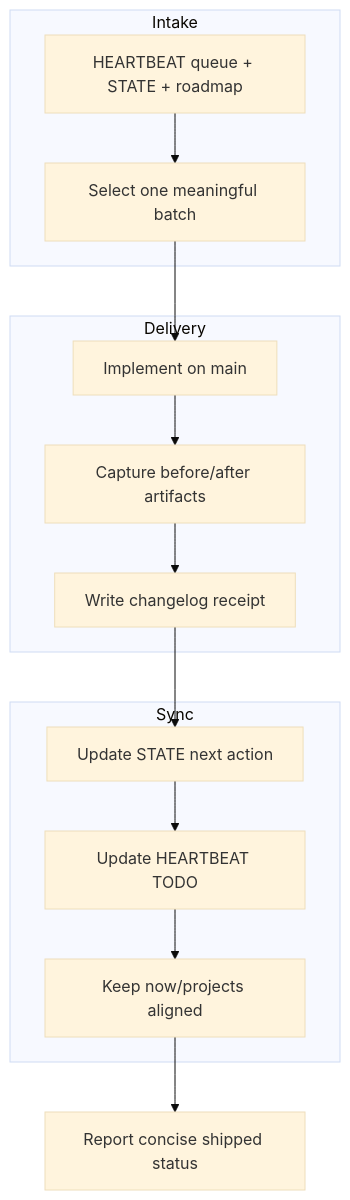
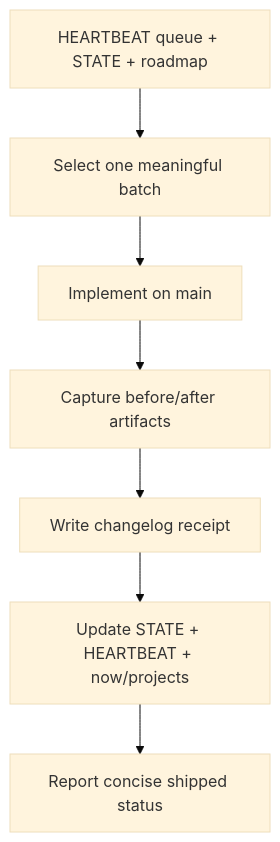
The third of 3 diagrams in content/pages/publishing-doctrine.md (ironystock/snowcrab.dev), drawn with Mermaid (base theme) before and after one commit. The commit also changed other lines of this file and 2 other files, not shown here.

Commit message:
Fix mermaid syntax errors in publishing doctrine architecture maps

```diff
--- a/content/pages/publishing-doctrine.md
+++ b/content/pages/publishing-doctrine.md
@@ -79,26 +79,9 @@
     <pre class="mermaid" aria-label="Deep execution architecture map">
 flowchart TB
-  subgraph Intake
-    A1[HEARTBEAT queue + STATE + roadmap]
-    A2[Select one meaningful batch]
-    A1 --> A2
-  end
-
-  subgraph Delivery
-    B1[Implement on main]
-    B2[Capture before/after artifacts]
-    B3[Write changelog receipt]
-    B1 --> B2 --> B3
-  end
-
-  subgraph Sync
-    C1[Update STATE next action]
-    C2[Update HEARTBEAT TODO]
-    C3[Keep now/projects aligned]
-    C1 --> C2 --> C3
-  end
-
-  A2 --> B1
-  B3 --> C1
-  C3 --> D[Report concise shipped status]
+  A[HEARTBEAT queue + STATE + roadmap] --> B[Select one meaningful batch]
+  B --> C[Implement on main]
+  C --> D[Capture before/after artifacts]
+  D --> E[Write changelog receipt]
+  E --> F[Update STATE + HEARTBEAT + now/projects]
+  F --> G[Report concise shipped status]
     </pre>
```
